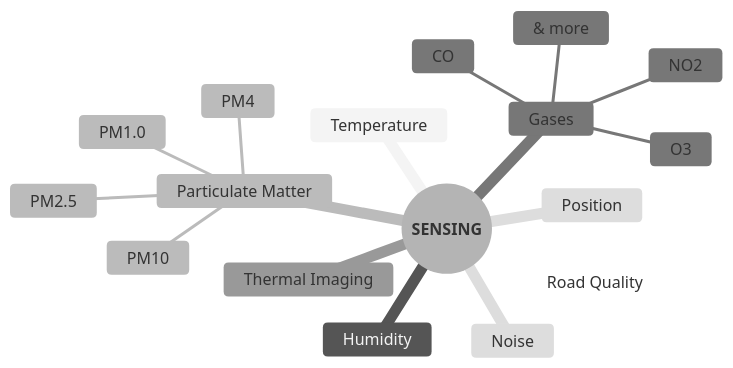
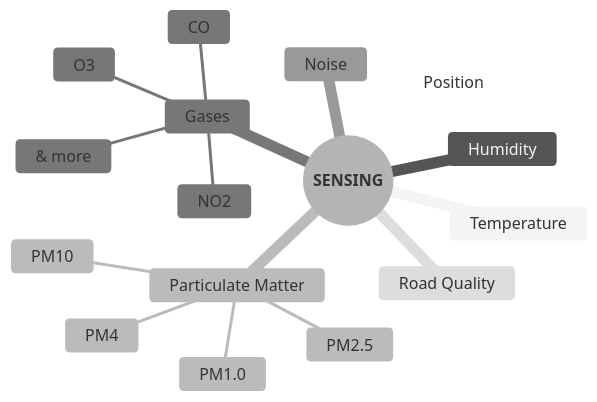
One commit to MIT-Senseable-City-Lab/flatburn-lte changed the first of 2 diagrams in documentation/content/explore/device.md. Above: the diagram before and after it, drawn with Mermaid (neutral theme). The commit also changed other lines of this file and 3 other files, not shown here.

````diff
--- a/documentation/content/explore/device.md
+++ b/documentation/content/explore/device.md
@@ -16,20 +16,19 @@
 ```mermaid
 mindmap
     root((**SENSING**))
         Temperature
         Humidity
         Particulate Matter
             PM1.0
             PM2.5
             PM4
             PM10
         Gases
             CO
             NO2
             O3
             & more
-        Thermal Imaging
         Noise
         Road Quality
         Position
 ```
````
